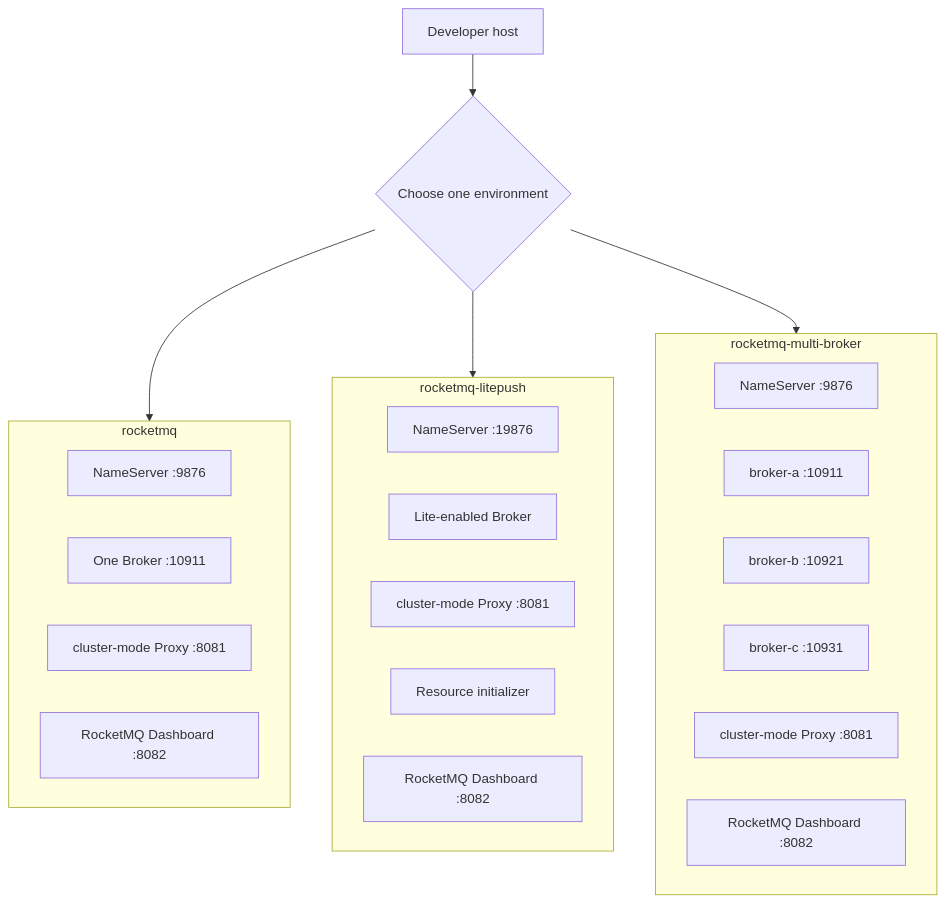
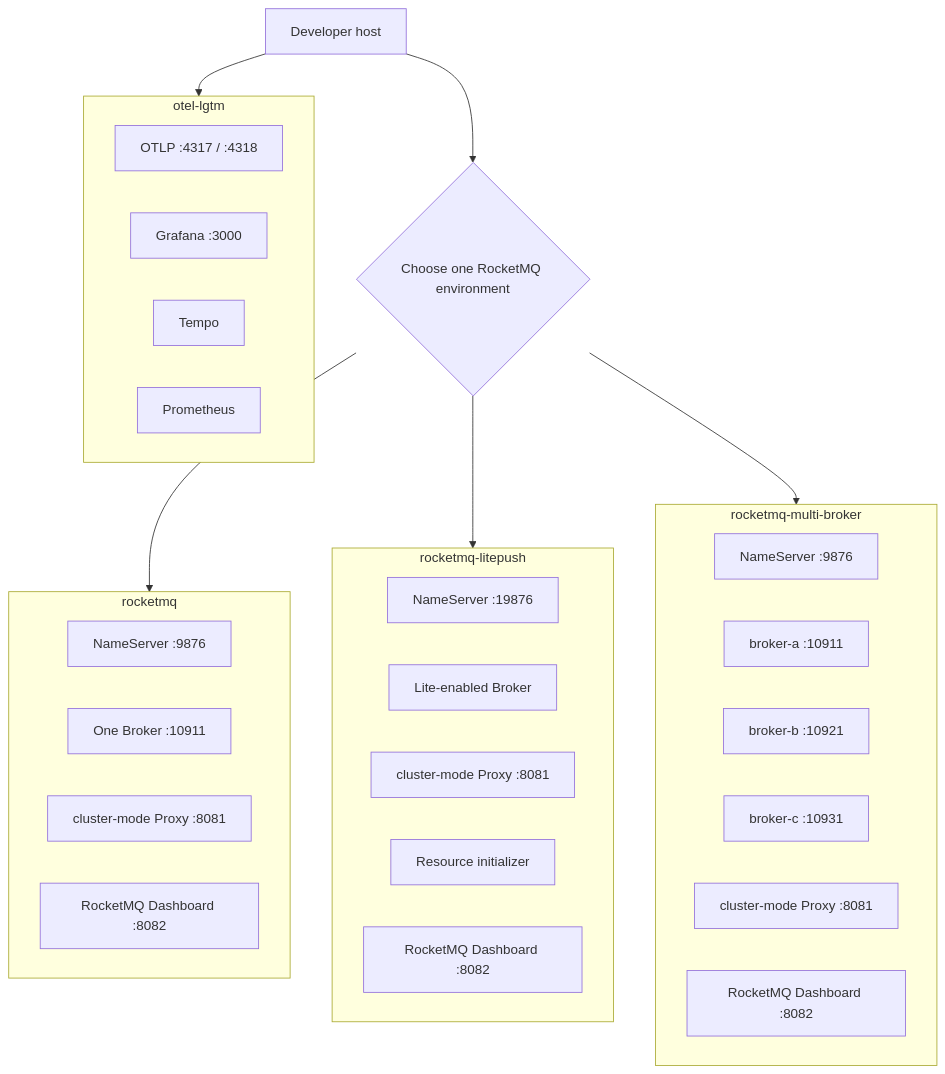
Before and after one commit to eventhorizon-cli/EventHorizon.RocketMQ: the diagram in test-environments/README.md, drawn with Mermaid. The commit also changed other lines of this file and 153 other files, not shown here.

````diff
--- a/test-environments/README.md
+++ b/test-environments/README.md
@@ -30,34 +33,42 @@
 ```mermaid
 flowchart TB
     Host[Developer host]
-    Choose{Choose one environment}
+    Choose{Choose one RocketMQ environment}
 
     subgraph Single[rocketmq]
         SingleNs[NameServer :9876]
         SingleBroker[One Broker :10911]
         SingleProxy[cluster-mode Proxy :8081]
         SingleDashboard[RocketMQ Dashboard :8082]
     end
 
     subgraph Lite[rocketmq-litepush]
         LiteNs[NameServer :19876]
         LiteBroker[Lite-enabled Broker]
         LiteProxy[cluster-mode Proxy :8081]
         LiteInit[Resource initializer]
         LiteDashboard[RocketMQ Dashboard :8082]
     end
 
     subgraph Multi[rocketmq-multi-broker]
         MultiNs[NameServer :9876]
         BrokerA[broker-a :10911]
         BrokerB[broker-b :10921]
         BrokerC[broker-c :10931]
         MultiProxy[cluster-mode Proxy :8081]
         MultiDashboard[RocketMQ Dashboard :8082]
     end
 
+    subgraph Lgtm[otel-lgtm]
+        Collector[OTLP :4317 / :4318]
+        Grafana[Grafana :3000]
+        Tempo[Tempo]
+        Prometheus[Prometheus]
+    end
+
     Host --> Choose
     Choose --> Single
     Choose --> Lite
     Choose --> Multi
+    Host --> Lgtm
 ```
````
